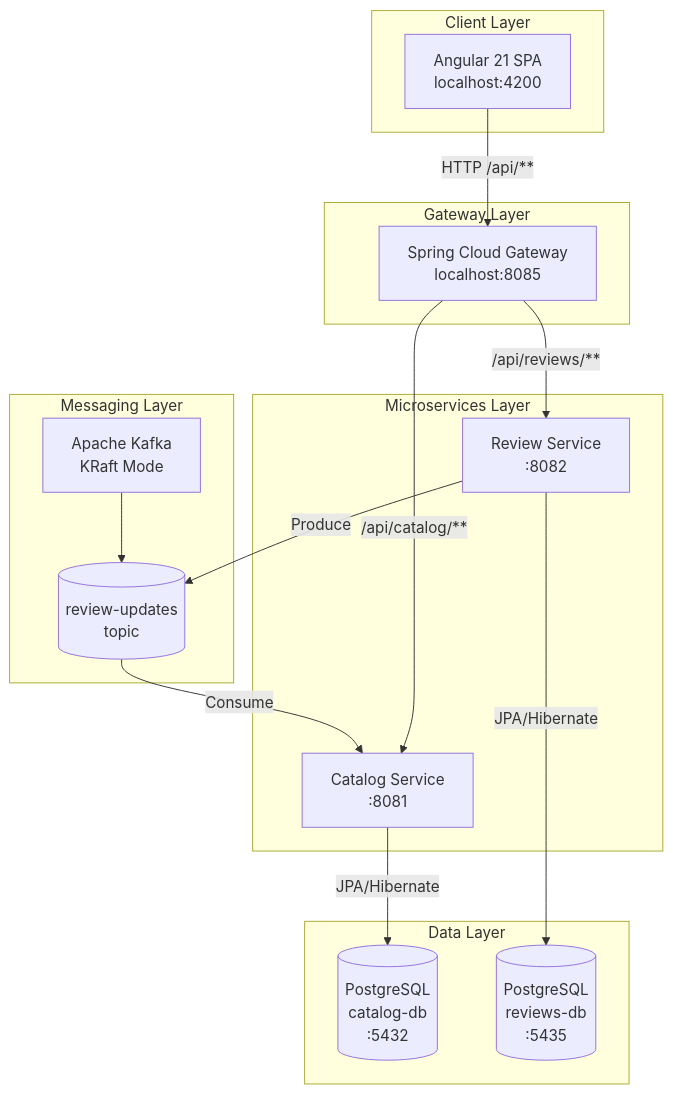
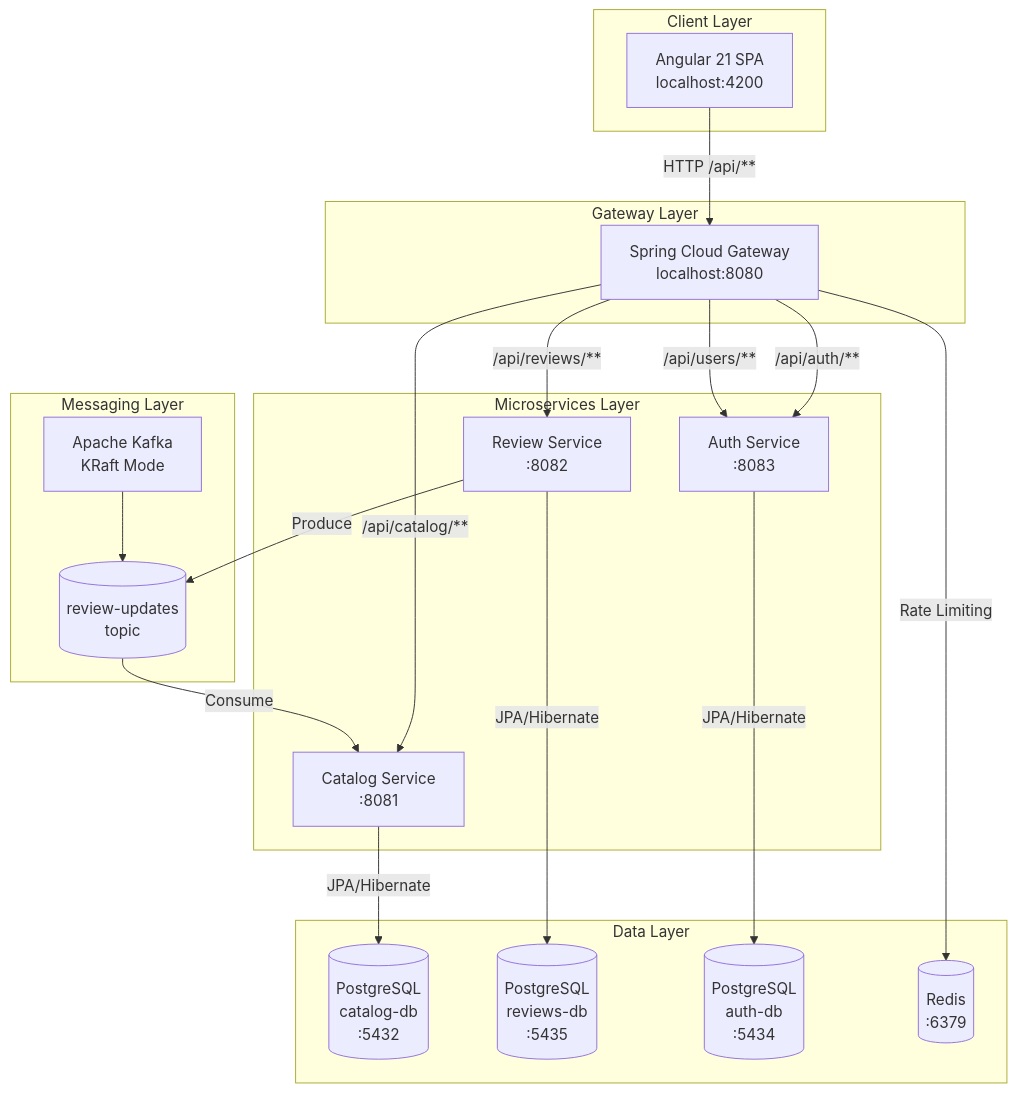
Before and after one commit to HomieEddy/DevVerdict: the diagram in README.md, drawn with Mermaid. The commit also changed other lines of this file, not shown here.

Commit message:
docs: update README for v2.0 architecture, remove outdated sections

````diff
--- a/README.md
+++ b/README.md
@@ -43,34 +43,41 @@
 ```mermaid
 flowchart TB
     subgraph Client["Client Layer"]
         A[Angular 21 SPA<br/>localhost:4200]
     end
 
     subgraph Gateway["Gateway Layer"]
-        G[Spring Cloud Gateway<br/>localhost:8085]
+        G[Spring Cloud Gateway<br/>localhost:8080]
     end
 
     subgraph Services["Microservices Layer"]
         C[Catalog Service<br/>:8081]
         R[Review Service<br/>:8082]
+        AS[Auth Service<br/>:8083]
     end
 
     subgraph Messaging["Messaging Layer"]
         K[Apache Kafka<br/>KRaft Mode]
         T[(review-updates<br/>topic)]
     end
 
     subgraph Data["Data Layer"]
         PC[(PostgreSQL<br/>catalog-db<br/>:5432)]
         PR[(PostgreSQL<br/>reviews-db<br/>:5435)]
+        PA[(PostgreSQL<br/>auth-db<br/>:5434)]
+        RD[(Redis<br/>:6379)]
     end
 
     A -->|HTTP /api/**| G
     G -->|/api/catalog/**| C
     G -->|/api/reviews/**| R
+    G -->|/api/auth/**| AS
+    G -->|/api/users/**| AS
     C -->|JPA/Hibernate| PC
     R -->|JPA/Hibernate| PR
+    AS -->|JPA/Hibernate| PA
+    G -->|Rate Limiting| RD
     R -->|Produce| T
     T -->|Consume| C
     K --> T
 ```
````
